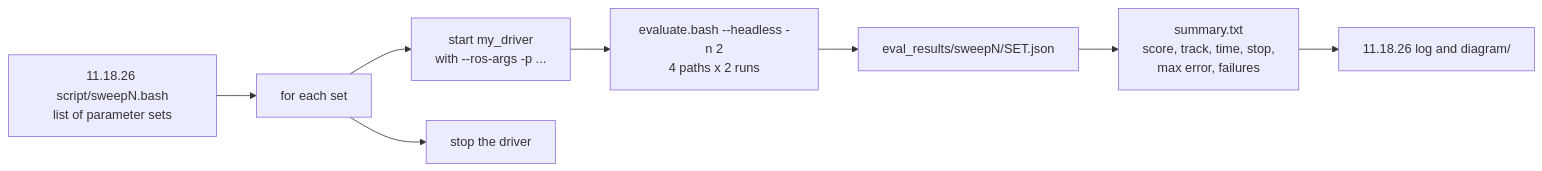
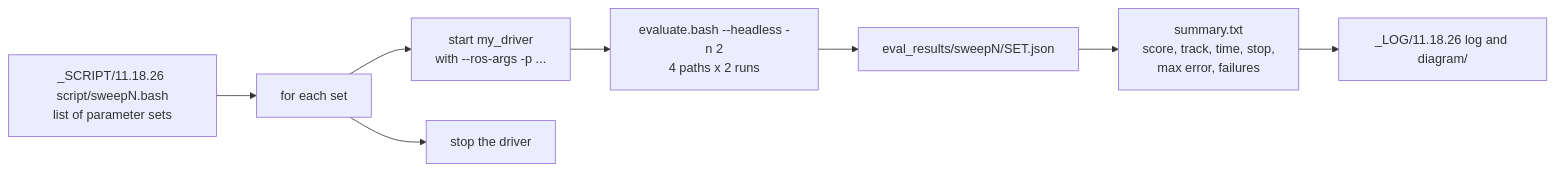
The sixth of 6 diagrams in FLOW.md (nahathaiw/NTHU-Racing_THRSimSimple), drawn with Mermaid before and after one commit. The commit also changed 123 other files, not shown here.

Commit message:
chore: move dated folders under _All_Results, _LOG, _SCRIPT and fix paths

````diff
--- a/FLOW.md
+++ b/FLOW.md
@@ -129,10 +129,10 @@
 ```mermaid
 flowchart LR
-    SW["11.18.26 script/sweepN.bash<br/>list of parameter sets"] --> LOOP["for each set"]
+    SW["_SCRIPT/11.18.26 script/sweepN.bash<br/>list of parameter sets"] --> LOOP["for each set"]
     LOOP --> DR["start my_driver<br/>with --ros-args -p ..."]
     DR --> EV["evaluate.bash --headless -n 2<br/>4 paths x 2 runs"]
     EV --> JS["eval_results/sweepN/SET.json"]
     JS --> SUM["summary.txt<br/>score, track, time, stop,<br/>max error, failures"]
-    SUM --> LOG["11.18.26 log and diagram/"]
+    SUM --> LOG["_LOG/11.18.26 log and diagram/"]
     LOOP --> KILL["stop the driver"]
 ```
````
